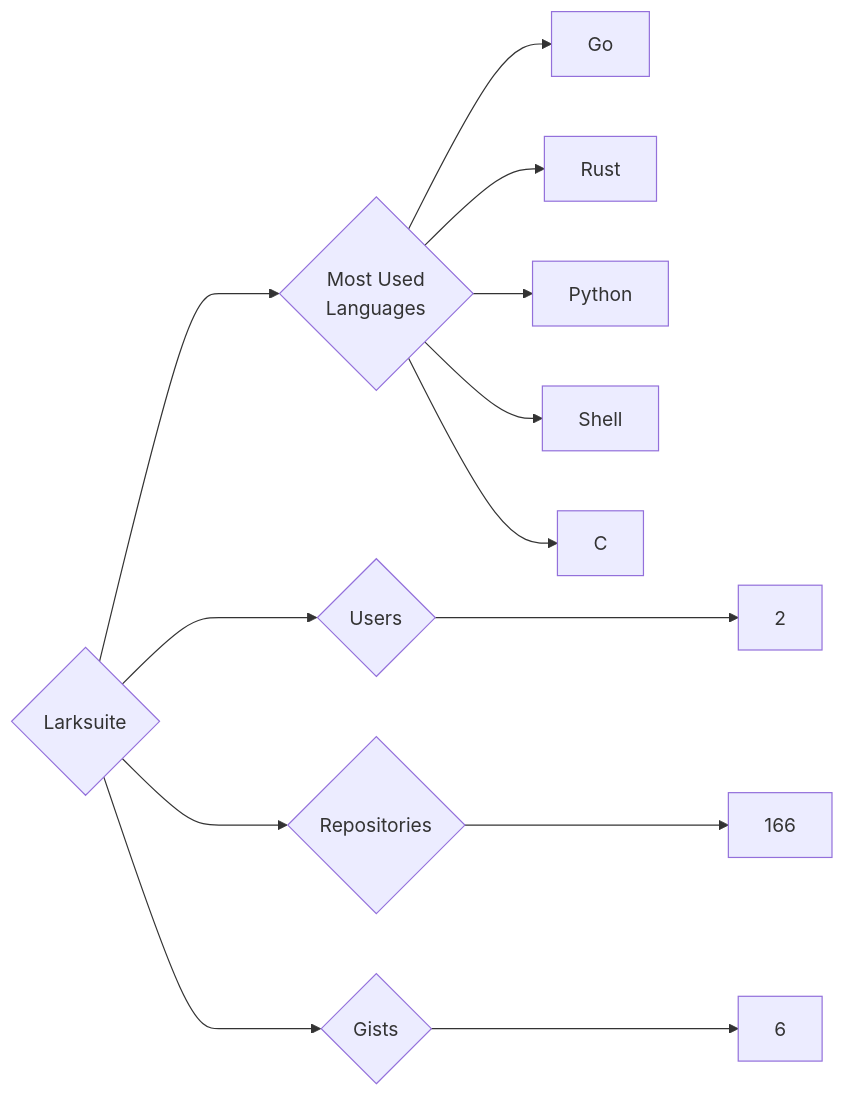
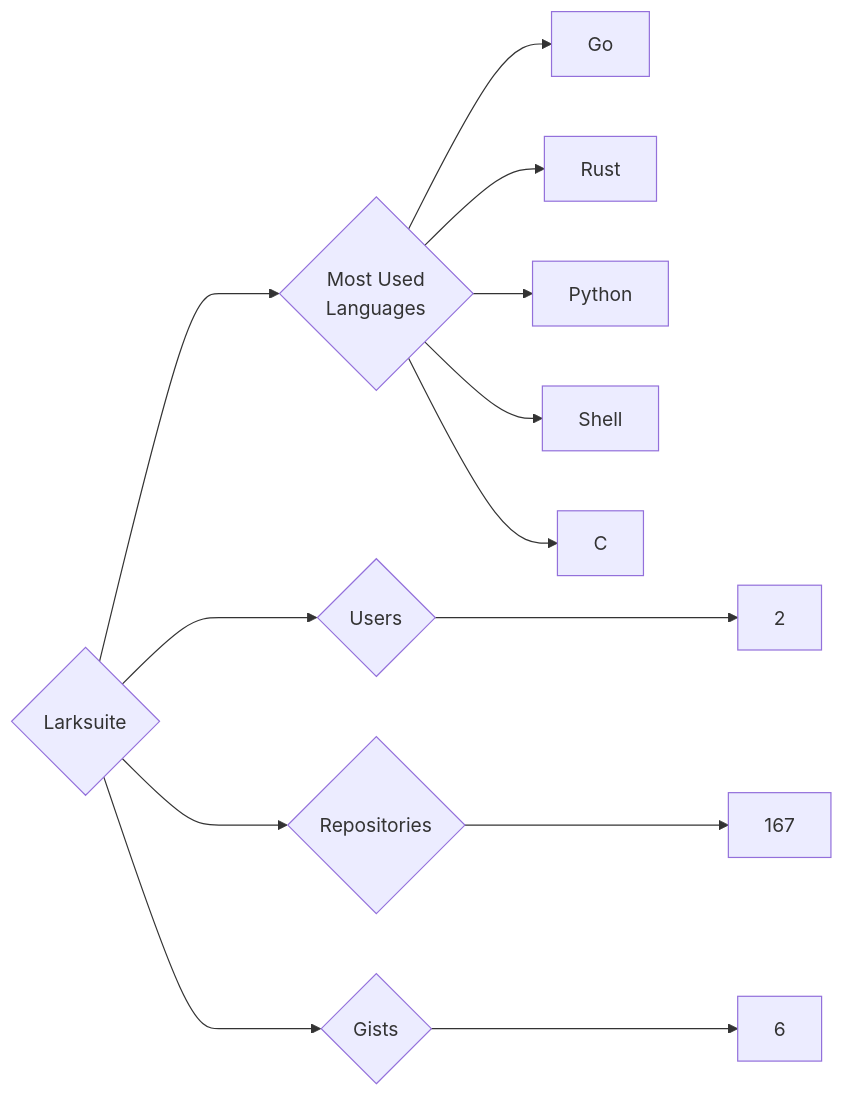
One commit to trickest/insiders changed the diagram in targets/Larksuite/README.md. Above: the diagram before and after it, drawn with Mermaid. The commit also changed 757 other files, not shown here.

````diff
--- a/targets/Larksuite/README.md
+++ b/targets/Larksuite/README.md
@@ -3,13 +3,13 @@
 ```mermaid
 graph LR
 COMPANY_NAME{Larksuite}
 COMPANY_NAME ---> U{Users} ---> UN[2]
-COMPANY_NAME ---> R{Repositories} ---> RN[166]
+COMPANY_NAME ---> R{Repositories} ---> RN[167]
 COMPANY_NAME ---> G{Gists} ---> GN[6]
 COMPANY_NAME ---> ML{Most Used<br>Languages}
 ML --> Go[Go]
 ML --> Rust[Rust]
 ML --> Python[Python]
 ML --> Shell[Shell]
 ML --> C[C]
 ```
````
